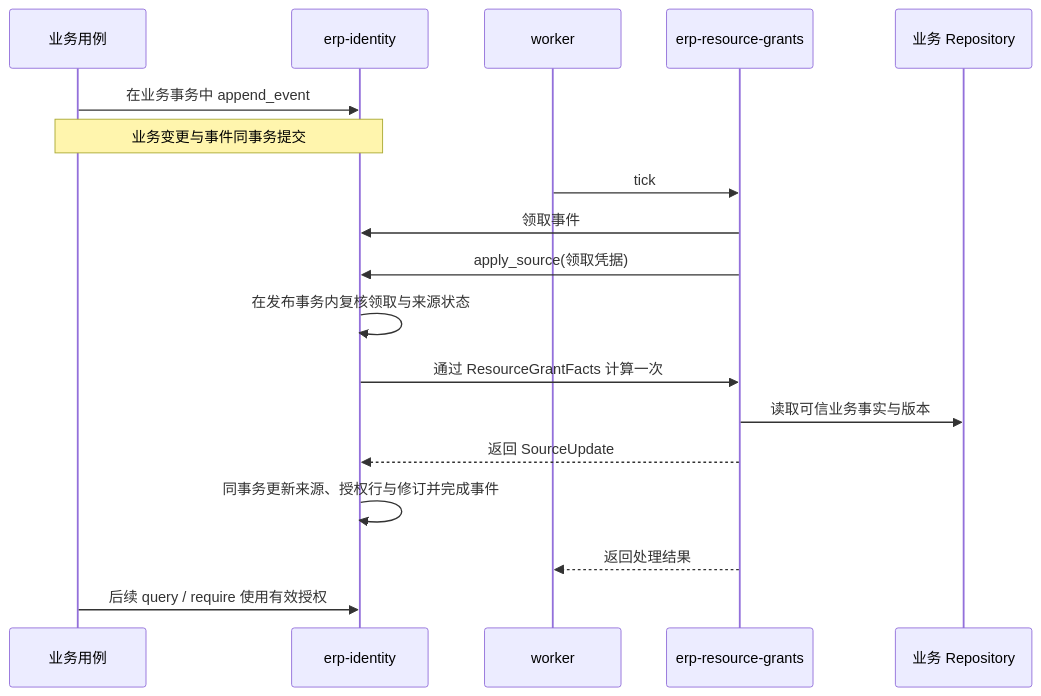
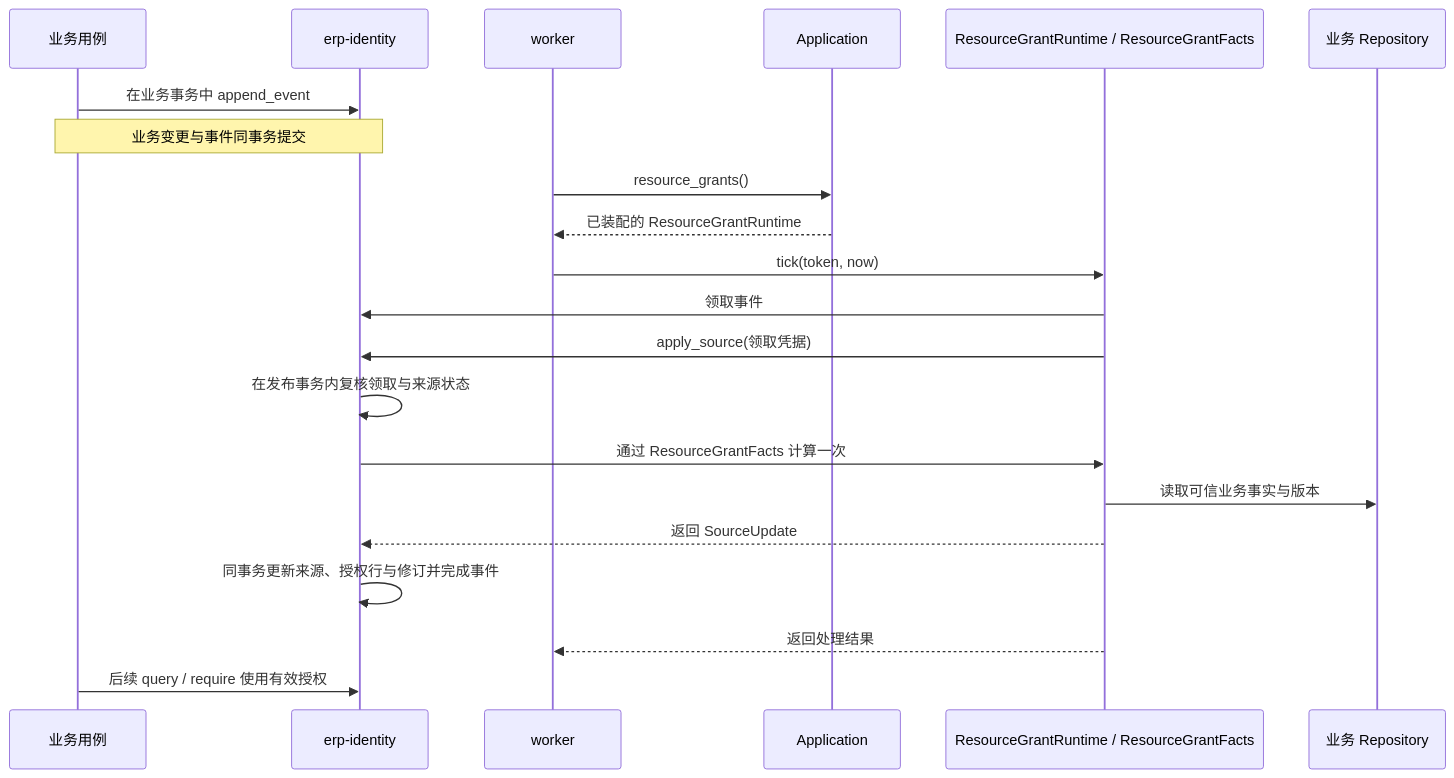
The second of 2 diagrams in docs/authorization-system-design.md (mztlive/erp), drawn with Mermaid before and after one commit. The commit also changed other lines of this file and 31 other files, not shown here.

````diff
--- a/docs/authorization-system-design.md
+++ b/docs/authorization-system-design.md
@@ -168,20 +171,23 @@
 ```mermaid
 sequenceDiagram
     participant B as 业务用例
     participant I as erp-identity
     participant W as worker
-    participant G as erp-resource-grants
+    participant A as Application
+    participant G as ResourceGrantRuntime / ResourceGrantFacts
     participant R as 业务 Repository
     B->>I: 在业务事务中 append_event
     Note over B,I: 业务变更与事件同事务提交
-    W->>G: tick
+    W->>A: resource_grants()
+    A-->>W: 已装配的 ResourceGrantRuntime
+    W->>G: tick(token, now)
     G->>I: 领取事件
     G->>I: apply_source(领取凭据)
     I->>I: 在发布事务内复核领取与来源状态
     I->>G: 通过 ResourceGrantFacts 计算一次
     G->>R: 读取可信业务事实与版本
     G-->>I: 返回 SourceUpdate
     I->>I: 同事务更新来源、授权行与修订并完成事件
     G-->>W: 返回处理结果
     B->>I: 后续 query / require 使用有效授权
 ```
````
